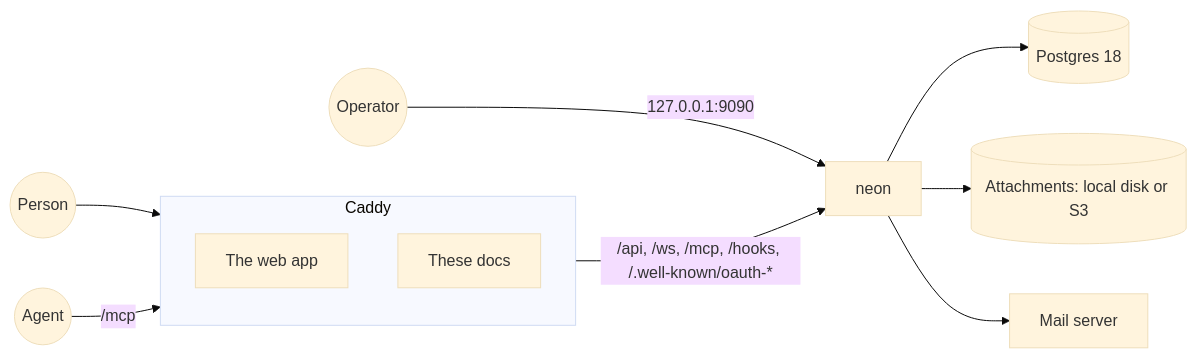
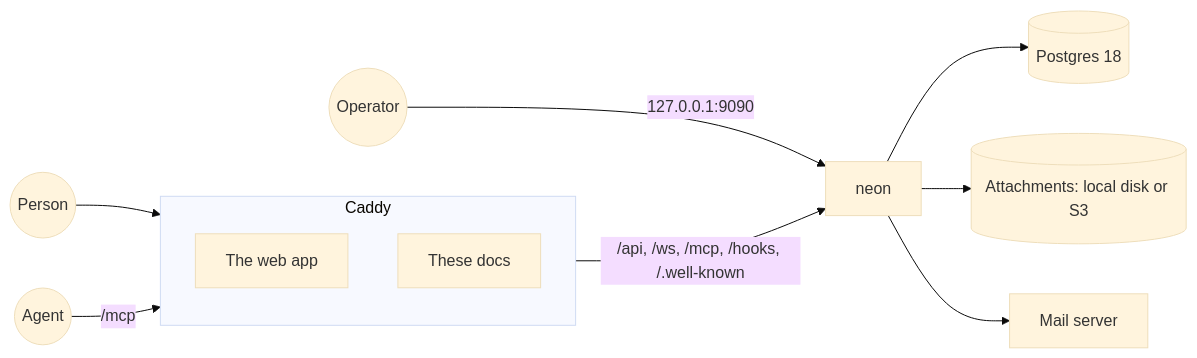
Before and after one commit to lein3000zzz/neon-teamspace: the first of 3 diagrams in docs/src/content/docs/architecture/overview.md, drawn with Mermaid (base theme). The commit also changed other lines of this file and 3 other files, not shown here.

First line of the commit message:
fix(web): pass every /.well-known path to the server

````diff
--- a/docs/src/content/docs/architecture/overview.md
+++ b/docs/src/content/docs/architecture/overview.md
@@ -13,14 +13,14 @@
 ```mermaid
 flowchart LR
   person((Person)) --> caddy
   agent((Agent)) -- "/mcp" --> caddy
   subgraph caddy [Caddy]
     app[The web app]
     docs[These docs]
   end
-  caddy -- "/api, /ws, /mcp, /hooks, /.well-known/oauth-*" --> server[neon]
+  caddy -- "/api, /ws, /mcp, /hooks, /.well-known" --> server[neon]
   server --> pg[(Postgres 18)]
   server --> files[(Attachments: local disk or S3)]
   server --> mail[Mail server]
   ops((Operator)) -- "127.0.0.1:9090" --> server
 ```
````
